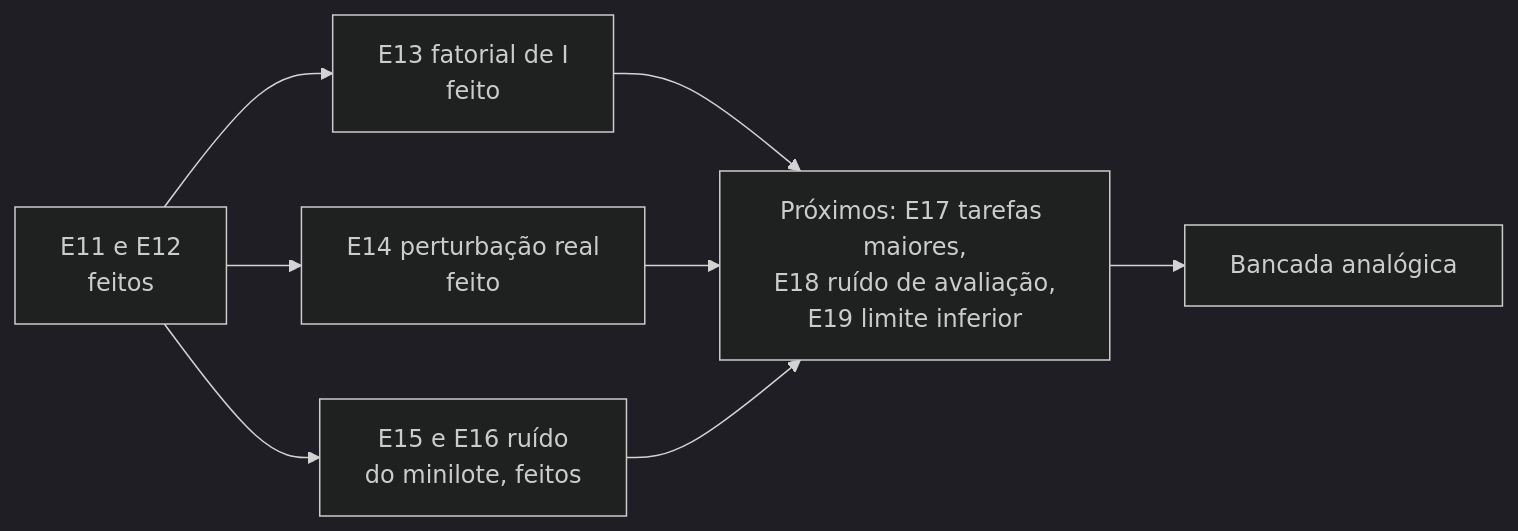
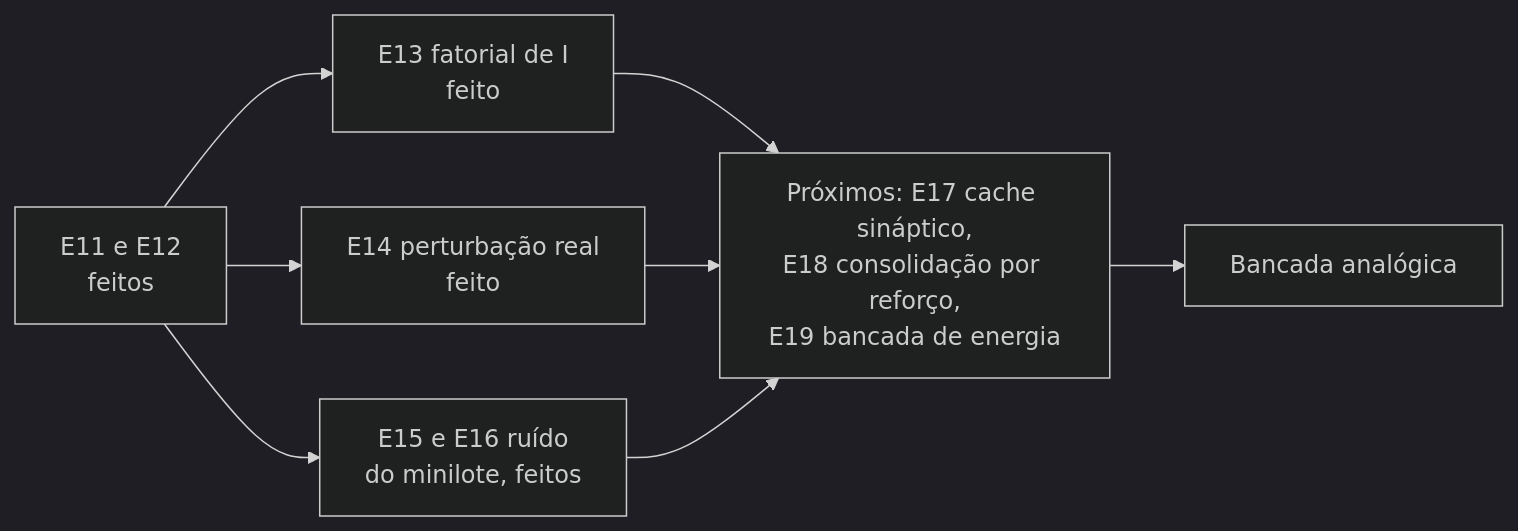
The diagram in docs/06-roteiro.md (matheuscbs/quantcomput), drawn with Mermaid (dark theme) before and after one commit. The commit also changed other lines of this file and 11 other files, not shown here.

First line of the commit message:
E17: pré-registro do cache sináptico e hipótese final (H17, H18, H19)

````diff
--- a/docs/06-roteiro.md
+++ b/docs/06-roteiro.md
@@ -7,10 +7,10 @@
 ```mermaid
 flowchart LR
     A["E11 e E12<br/>feitos"] --> C["E13 fatorial de I<br/>feito"]
     A --> D["E14 perturbação real<br/>feito"]
     A --> F["E15 e E16 ruído<br/>do minilote, feitos"]
-    C --> G["Próximos: E17 tarefas maiores,<br/>E18 ruído de avaliação,<br/>E19 limite inferior"]
+    C --> G["Próximos: E17 cache sináptico,<br/>E18 consolidação por reforço,<br/>E19 bancada de energia"]
     D --> G
     F --> G
     G --> E["Bancada analógica"]
 ```
````
